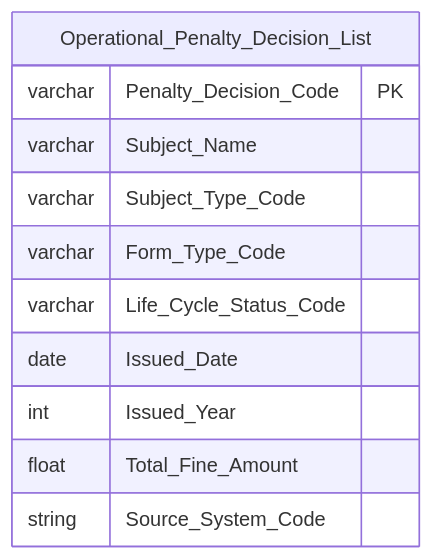
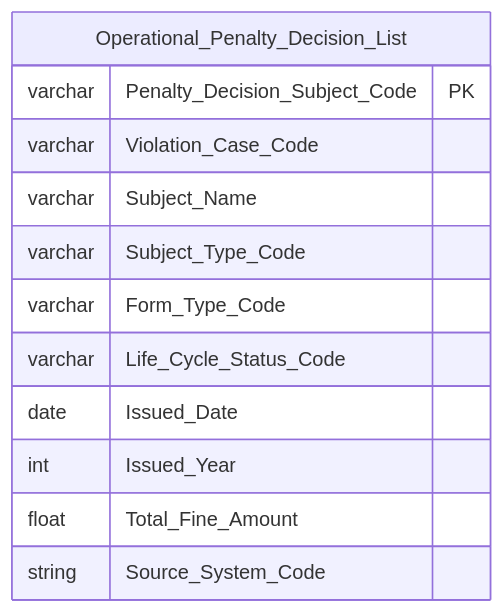
Before and after one commit to linhlvit/ubck_atomic_design: diagram 46 of 54 in Datamart/hld/DTM_TT_HLD.md, drawn with Mermaid. The commit also changed other lines of this file and 10 other files, not shown here.

````diff
--- a/Datamart/hld/DTM_TT_HLD.md
+++ b/Datamart/hld/DTM_TT_HLD.md
@@ -1565,14 +1738,15 @@
 ```mermaid
 erDiagram
     Operational_Penalty_Decision_List {
-        varchar Penalty_Decision_Code PK
+        varchar Penalty_Decision_Subject_Code PK
+        varchar Violation_Case_Code
         varchar Subject_Name
         varchar Subject_Type_Code
         varchar Form_Type_Code
         varchar Life_Cycle_Status_Code
         date Issued_Date
         int Issued_Year
         float Total_Fine_Amount
         string Source_System_Code
     }
 ```
````
